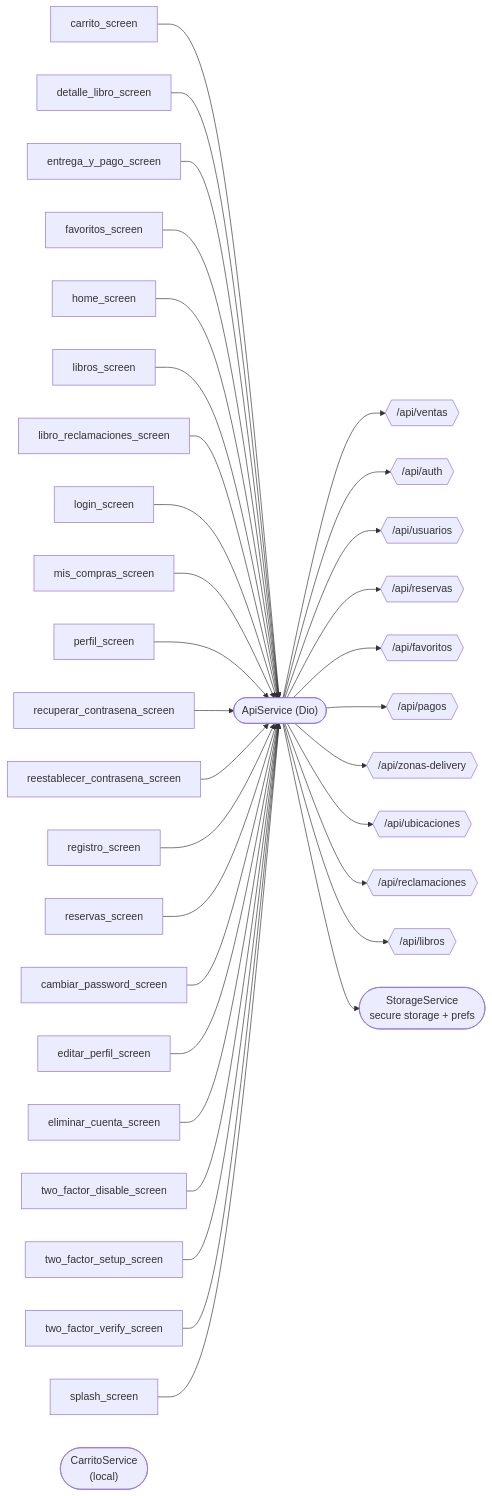
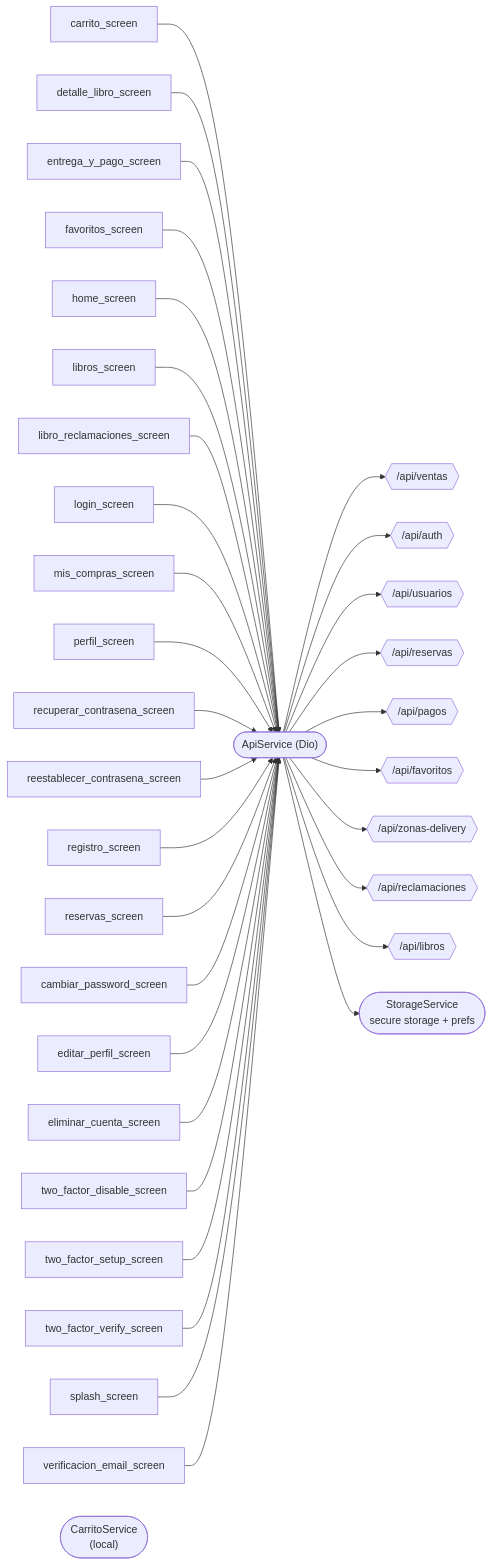
Before and after one commit to jimenezvegaedinson7-dot/librer-a: the diagram in docs/architecture/graphs/flutter.mmd, drawn with Mermaid. The commit also changed 79 other files, not shown here.

```diff
--- a/docs/architecture/graphs/flutter.mmd
+++ b/docs/architecture/graphs/flutter.mmd
@@ -1,37 +1,37 @@
-%% Generado 2026-10-09 desde el código real (actualizar-mapa.mjs)
+%% Generado 2026-10-12 desde el código real (actualizar-mapa.mjs)
 flowchart LR
     API(["ApiService (Dio)"])
     carrito_screen["carrito_screen"] --> API
     detalle_libro_screen["detalle_libro_screen"] --> API
     entrega_y_pago_screen["entrega_y_pago_screen"] --> API
     favoritos_screen["favoritos_screen"] --> API
     home_screen["home_screen"] --> API
     libros_screen["libros_screen"] --> API
     libro_reclamaciones_screen["libro_reclamaciones_screen"] --> API
     login_screen["login_screen"] --> API
     mis_compras_screen["mis_compras_screen"] --> API
     perfil_screen["perfil_screen"] --> API
     recuperar_contrasena_screen["recuperar_contrasena_screen"] --> API
     reestablecer_contrasena_screen["reestablecer_contrasena_screen"] --> API
     registro_screen["registro_screen"] --> API
     reservas_screen["reservas_screen"] --> API
     cambiar_password_screen["cambiar_password_screen"] --> API
     editar_perfil_screen["editar_perfil_screen"] --> API
     eliminar_cuenta_screen["eliminar_cuenta_screen"] --> API
     two_factor_disable_screen["two_factor_disable_screen"] --> API
     two_factor_setup_screen["two_factor_setup_screen"] --> API
     two_factor_verify_screen["two_factor_verify_screen"] --> API
     splash_screen["splash_screen"] --> API
+    verificacion_email_screen["verificacion_email_screen"] --> API
     API --> _api_ventas{{"/api/ventas"}}
     API --> _api_auth{{"/api/auth"}}
     API --> _api_usuarios{{"/api/usuarios"}}
     API --> _api_reservas{{"/api/reservas"}}
+    API --> _api_pagos{{"/api/pagos"}}
     API --> _api_favoritos{{"/api/favoritos"}}
-    API --> _api_pagos{{"/api/pagos"}}
     API --> _api_zonas_delivery{{"/api/zonas-delivery"}}
-    API --> _api_ubicaciones{{"/api/ubicaciones"}}
     API --> _api_reclamaciones{{"/api/reclamaciones"}}
     API --> _api_libros{{"/api/libros"}}
     STORE(["StorageService<br/>secure storage + prefs"])
     API --> STORE
     CARRITO(["CarritoService<br/>(local)"])
```
